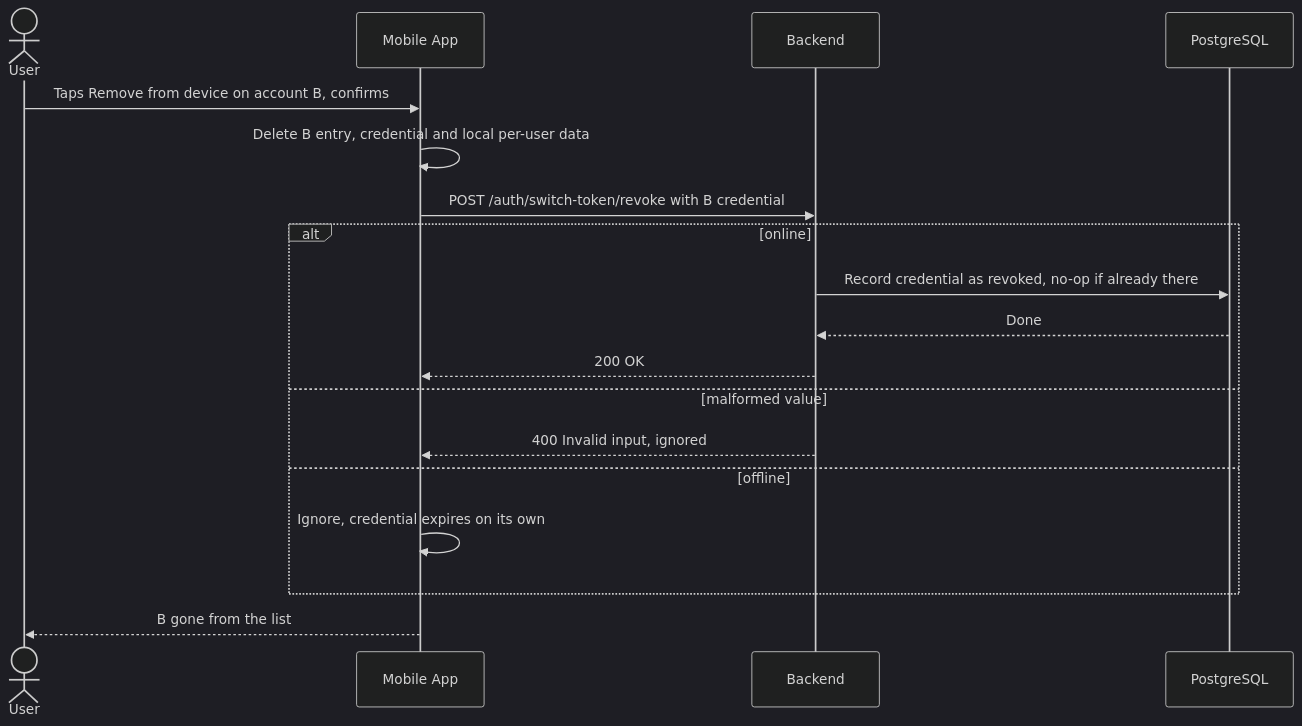
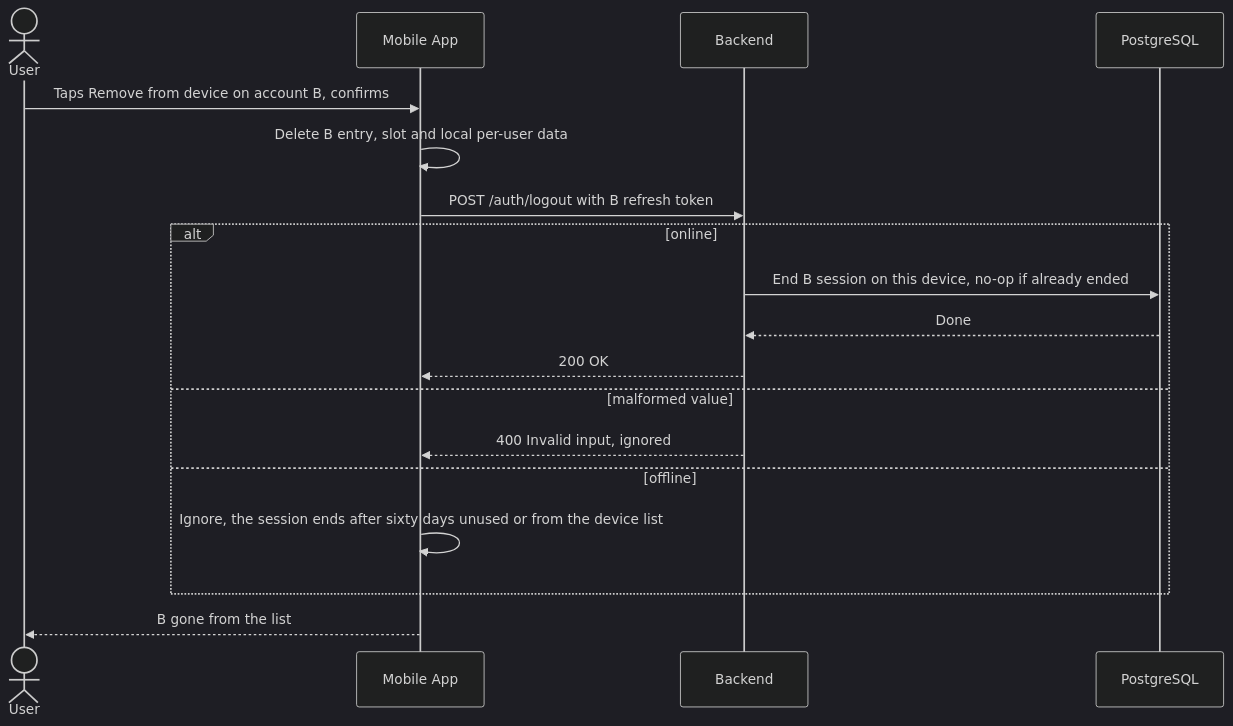
One commit to tommyledev-gif/pfm changed the fourth of 12 diagrams in specs/mobile-account-switch/plan.md. Above: the diagram before and after it, drawn with Mermaid (dark theme). The commit also changed other lines of this file and 115 other files, not shown here.

First line of the commit message:
feat: device-bound sessions, signed-in devices, change password, app lock

````diff
--- a/specs/mobile-account-switch/plan.md
+++ b/specs/mobile-account-switch/plan.md
@@ -371,21 +513,21 @@
 ```mermaid
 sequenceDiagram
     actor User
     participant App as Mobile App
     participant BE as Backend
     participant DB as PostgreSQL
 
     User->>App: Taps Remove from device on account B, confirms
-    App->>App: Delete B entry, credential and local per-user data
-    App->>BE: POST /auth/switch-token/revoke with B credential
+    App->>App: Delete B entry, slot and local per-user data
+    App->>BE: POST /auth/logout with B refresh token
     alt online
-        BE->>DB: Record credential as revoked, no-op if already there
+        BE->>DB: End B session on this device, no-op if already ended
         DB-->>BE: Done
         BE-->>App: 200 OK
     else malformed value
         BE-->>App: 400 Invalid input, ignored
     else offline
-        App->>App: Ignore, credential expires on its own
+        App->>App: Ignore, the session ends after sixty days unused or from the device list
     end
     App-->>User: B gone from the list
 ```
````
